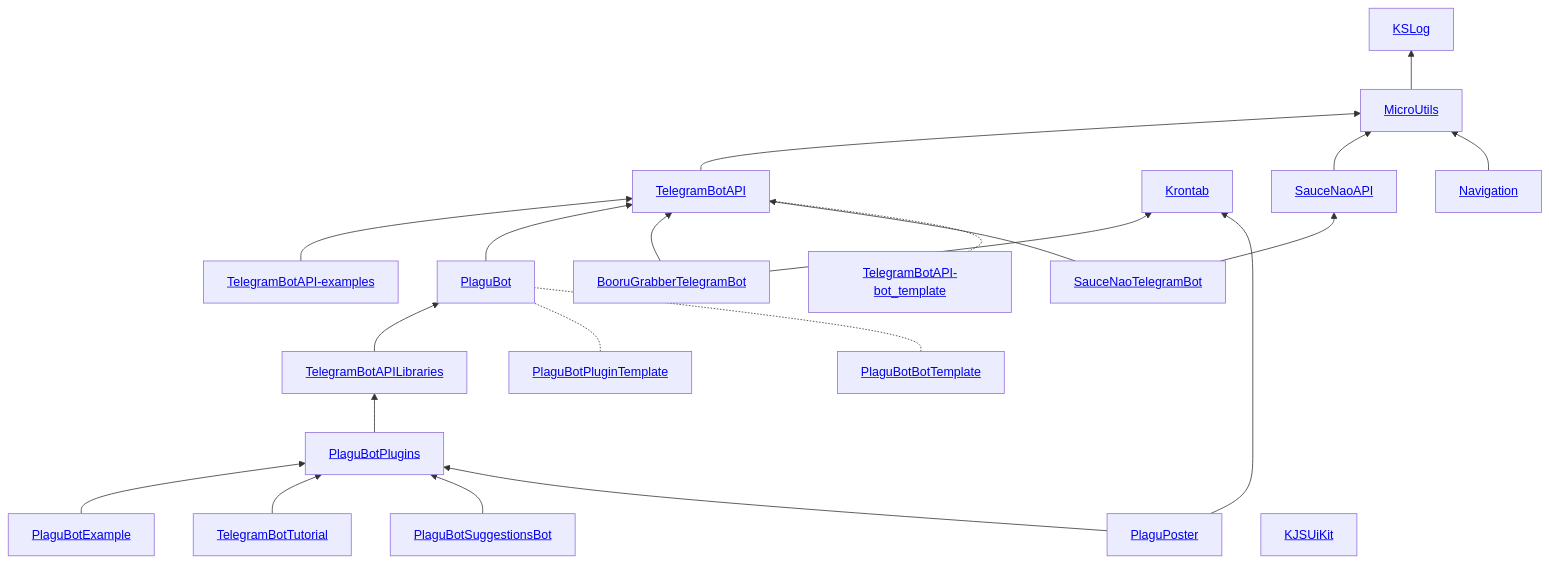
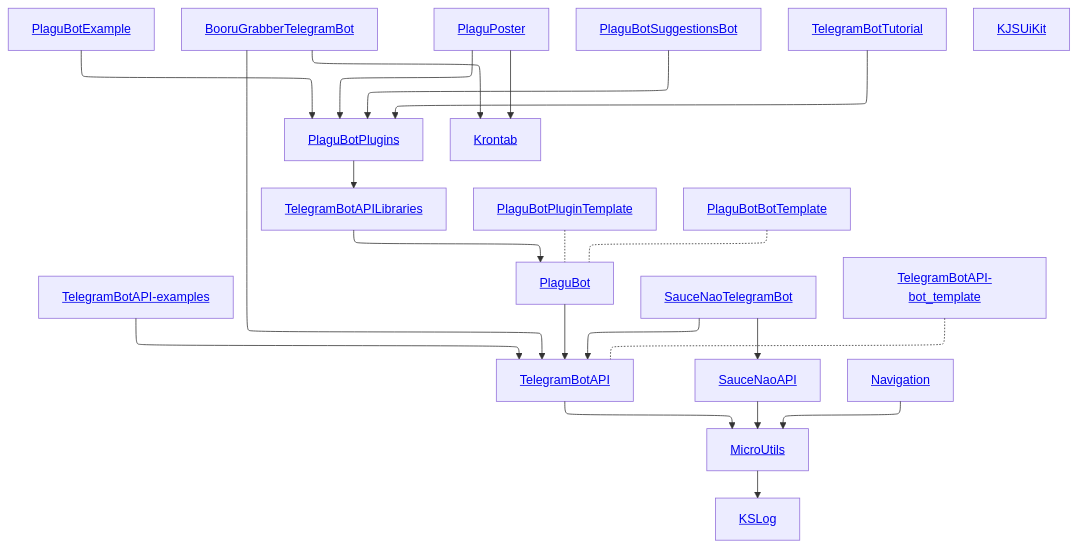
Before and after one commit to InsanusMokrassar/docs: the diagram in docs/index.md, drawn with Mermaid. The commit also changed 1 other file, not shown here.

Commit message:
change default renderer of index.md mermaid drawer

````diff
--- a/docs/index.md
+++ b/docs/index.md
@@ -18,46 +18,47 @@
 ```mermaid
-flowchart BT
+%%{init: {"flowchart": {"defaultRenderer": "elk"}} }%%
+flowchart TB
     KSLog[<a href='https://github.com/InsanusMokrassar/kslog'>KSLog</a>]
     MicroUtils[<a href='https://github.com/InsanusMokrassar/MicroUtils'>MicroUtils</a>]
     TelegramBotAPI[<a href='https://github.com/InsanusMokrassar/ktgbotapi'>TelegramBotAPI</a>]
     TelegramBotAPI-examples[<a href='https://github.com/InsanusMokrassar/TelegramBotAPI-examples'>TelegramBotAPI-examples </a>]
     PlaguBot[<a href='https://github.com/InsanusMokrassar/PlaguBot'>PlaguBot</a>]
     TelegramBotAPILibraries[<a href='https://github.com/InsanusMokrassar/TelegramBotAPILibraries'>TelegramBotAPILibraries</a>]
     PlaguBotPlugins[<a href='https://github.com/InsanusMokrassar/PlaguBotPlugins'>PlaguBotPlugins</a>]
     PlaguBotExample[<a href='https://github.com/InsanusMokrassar/PlaguBotExample'>PlaguBotExample</a>]
     BooruGrabberTelegramBot[<a href='https://github.com/InsanusMokrassar/BooruGrabberTelegramBot'>BooruGrabberTelegramBot</a>]
     SauceNaoTelegramBot[<a href='https://github.com/InsanusMokrassar/SauceNaoTelegramBot'>SauceNaoTelegramBot</a>]
     PlaguPoster[<a href='https://github.com/InsanusMokrassar/PlaguPoster'>PlaguPoster</a>]
     PlaguBotSuggestionsBot[<a href='https://github.com/InsanusMokrassar/PlaguBotSuggestionsBot'>PlaguBotSuggestionsBot</a>]
     TelegramBotTutorial[<a href='https://github.com/InsanusMokrassar/TelegramBotTutorial'>TelegramBotTutorial</a>]
     Krontab[<a href='https://github.com/InsanusMokrassar/krontab'>Krontab</a>]
     KJSUiKit[<a href='https://github.com/InsanusMokrassar/JSUiKitKBindings'>KJSUiKit</a>]
     SauceNaoAPI[<a href='https://github.com/InsanusMokrassar/SauceNaoAPI'>SauceNaoAPI</a>]
     Navigation[<a href='https://github.com/InsanusMokrassar/navigation'>Navigation</a>]
 
     TelegramBotAPI-bot_template[<a href='https://github.com/InsanusMokrassar/TelegramBotAPI-bot_template'>TelegramBotAPI-bot_template</a>]
     PlaguBotPluginTemplate[<a href='https://github.com/InsanusMokrassar/PlaguBotPluginTemplate'>PlaguBotPluginTemplate</a>]
     PlaguBotBotTemplate[<a href='https://github.com/InsanusMokrassar/PlaguBotBotTemplate'>PlaguBotBotTemplate</a>]
 
     MicroUtils --> KSLog
     TelegramBotAPI --> MicroUtils
     TelegramBotAPI-examples --> TelegramBotAPI
     PlaguBot --> TelegramBotAPI
     TelegramBotAPILibraries --> PlaguBot
     PlaguBotPlugins --> TelegramBotAPILibraries
     PlaguBotExample --> PlaguBotPlugins
     BooruGrabberTelegramBot --> TelegramBotAPI
     BooruGrabberTelegramBot --> Krontab
     SauceNaoTelegramBot --> TelegramBotAPI
     SauceNaoTelegramBot --> SauceNaoAPI
     TelegramBotTutorial --> PlaguBotPlugins
     PlaguBotSuggestionsBot --> PlaguBotPlugins
     PlaguPoster --> PlaguBotPlugins
     PlaguPoster --> Krontab
     SauceNaoAPI --> MicroUtils
     Navigation --> MicroUtils
 
     TelegramBotAPI-bot_template -.- TelegramBotAPI
     PlaguBotPluginTemplate -.- PlaguBot
     PlaguBotBotTemplate -.- PlaguBot
 ```
````
